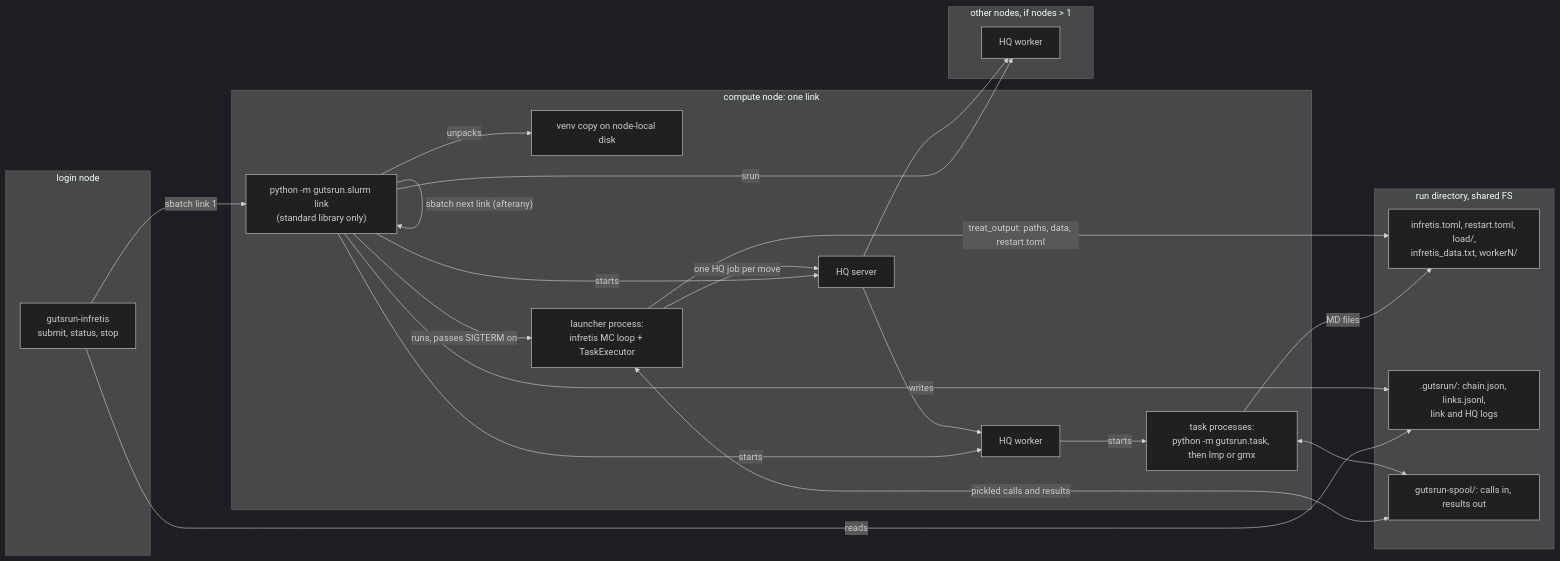
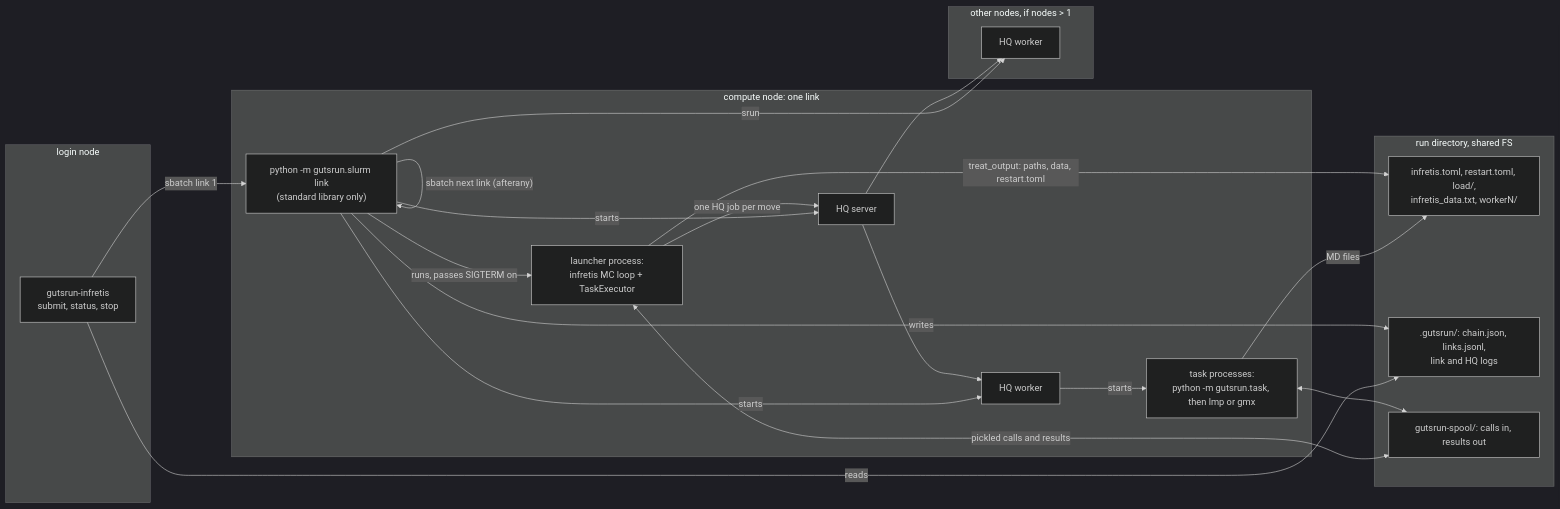
The first of 3 diagrams in DEVELOPMENT.md (GUTSframework/infretis_hyperqueue), drawn with Mermaid (dark theme) before and after one commit. The commit also changed other lines of this file and 8 other files, not shown here.

First line of the commit message:
Drop the node-local venv copy

````diff
--- a/DEVELOPMENT.md
+++ b/DEVELOPMENT.md
@@ -35,38 +35,36 @@
 ```mermaid
 flowchart LR
     subgraph login["login node"]
         cmd["gutsrun-infretis<br/>submit, status, stop"]
     end
     subgraph job["compute node: one link"]
         link["python -m gutsrun.slurm link<br/>(standard library only)"]
-        venv["venv copy on node-local disk"]
         hqs["HQ server"]
         hqw["HQ worker"]
         launcher["launcher process:<br/>infretis MC loop + TaskExecutor"]
         task["task processes:<br/>python -m gutsrun.task, then lmp or gmx"]
     end
     subgraph more["other nodes, if nodes > 1"]
         hqw2["HQ worker"]
     end
     subgraph shared["run directory, shared FS"]
         state["infretis.toml, restart.toml, load/,<br/>infretis_data.txt, workerN/"]
         chainfiles[".gutsrun/: chain.json, links.jsonl,<br/>link and HQ logs"]
         spooldir["gutsrun-spool/: calls in, results out"]
     end
 
     cmd -- "sbatch link 1" --> link
     cmd -- "reads" --> chainfiles
     link -- "sbatch next link (afterany)" --> link
-    link -- "unpacks" --> venv
     link -- "starts" --> hqs & hqw
     link -- "srun" --> hqw2
     link -- "runs, passes SIGTERM on" --> launcher
     link -- "writes" --> chainfiles
     launcher -- "one HQ job per move" --> hqs
     hqs --> hqw & hqw2
     hqw -- "starts" --> task
     launcher <-- "pickled calls and results" --> spooldir
     task <--> spooldir
     task -- "MD files" --> state
     launcher -- "treat_output: paths, data, restart.toml" --> state
 ```
````
